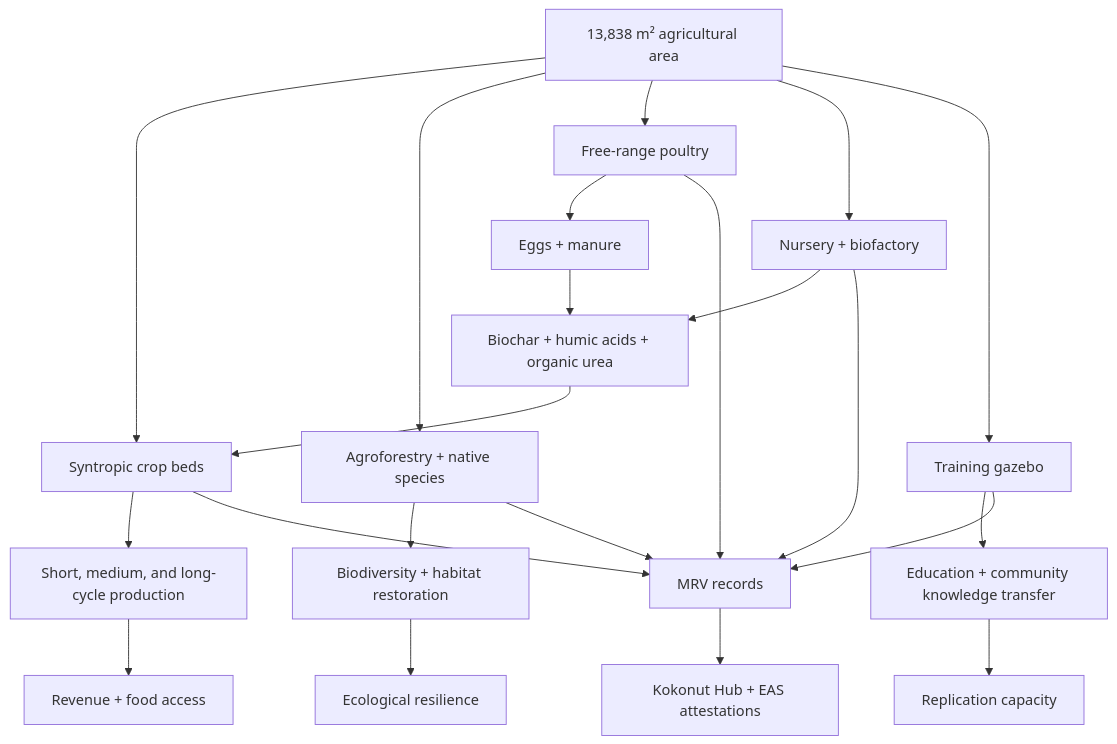
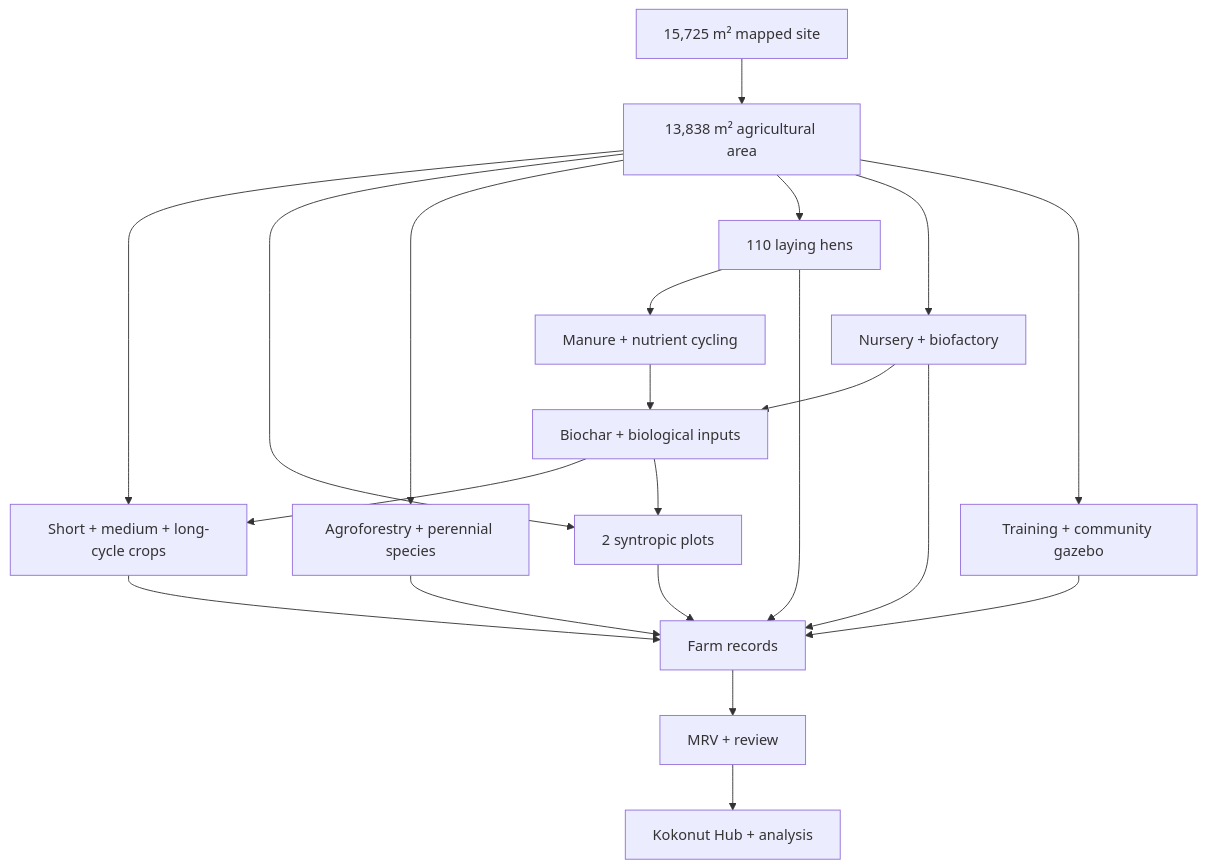
One commit to wasalo/Kokonut-Public-Site changed the first of 2 diagrams in ecosystem-wiki/kokonut-farms/adelphi/crops-biodiversity-and-infrastructure.mdx. Above: the diagram before and after it, drawn with Mermaid. The commit also changed other lines of this file, not shown here.

Commit message:
docs(kokonut-farms): improve Adelphi physical systems

````diff
--- a/ecosystem-wiki/kokonut-farms/adelphi/crops-biodiversity-and-infrastructure.mdx
+++ b/ecosystem-wiki/kokonut-farms/adelphi/crops-biodiversity-and-infrastructure.mdx
@@ -97,27 +72,27 @@
 ```mermaid
 flowchart TD
-    A["13,838 m² agricultural area"] --> B["Syntropic crop beds"]
-    A --> C["Agroforestry + native species"]
-    A --> D["Free-range poultry"]
-    A --> E["Nursery + biofactory"]
-    A --> F["Training gazebo"]
+    LAND["15,725 m² mapped site"] --> AG["13,838 m² agricultural area"]
 
-    B --> G["Short, medium, and long-cycle production"]
-    C --> H["Biodiversity + habitat restoration"]
-    D --> I["Eggs + manure"]
-    E --> J["Biochar + humic acids + organic urea"]
-    F --> K["Education + community knowledge transfer"]
+    AG --> CROPS["Short + medium + long-cycle crops"]
+    AG --> SYNTROPIC["2 syntropic plots"]
+    AG --> AGRO["Agroforestry + perennial species"]
+    AG --> POULTRY["110 laying hens"]
+    AG --> NURSERY["Nursery + biofactory"]
+    AG --> GAZEBO["Training + community gazebo"]
 
-    I --> J
-    J --> B
-    H --> L["Ecological resilience"]
-    G --> M["Revenue + food access"]
-    K --> N["Replication capacity"]
+    NURSERY --> INPUTS["Biochar + biological inputs"]
+    POULTRY --> MANURE["Manure + nutrient cycling"]
+    MANURE --> INPUTS
+    INPUTS --> CROPS
+    INPUTS --> SYNTROPIC
 
-    B --> O["MRV records"]
-    C --> O
-    D --> O
-    E --> O
-    F --> O
-    O --> P["Kokonut Hub + EAS attestations"]
+    CROPS --> RECORDS["Farm records"]
+    SYNTROPIC --> RECORDS
+    AGRO --> RECORDS
+    POULTRY --> RECORDS
+    NURSERY --> RECORDS
+    GAZEBO --> RECORDS
+
+    RECORDS --> MRV["MRV + review"]
+    MRV --> HUB["Kokonut Hub + analysis"]
 ```
````
